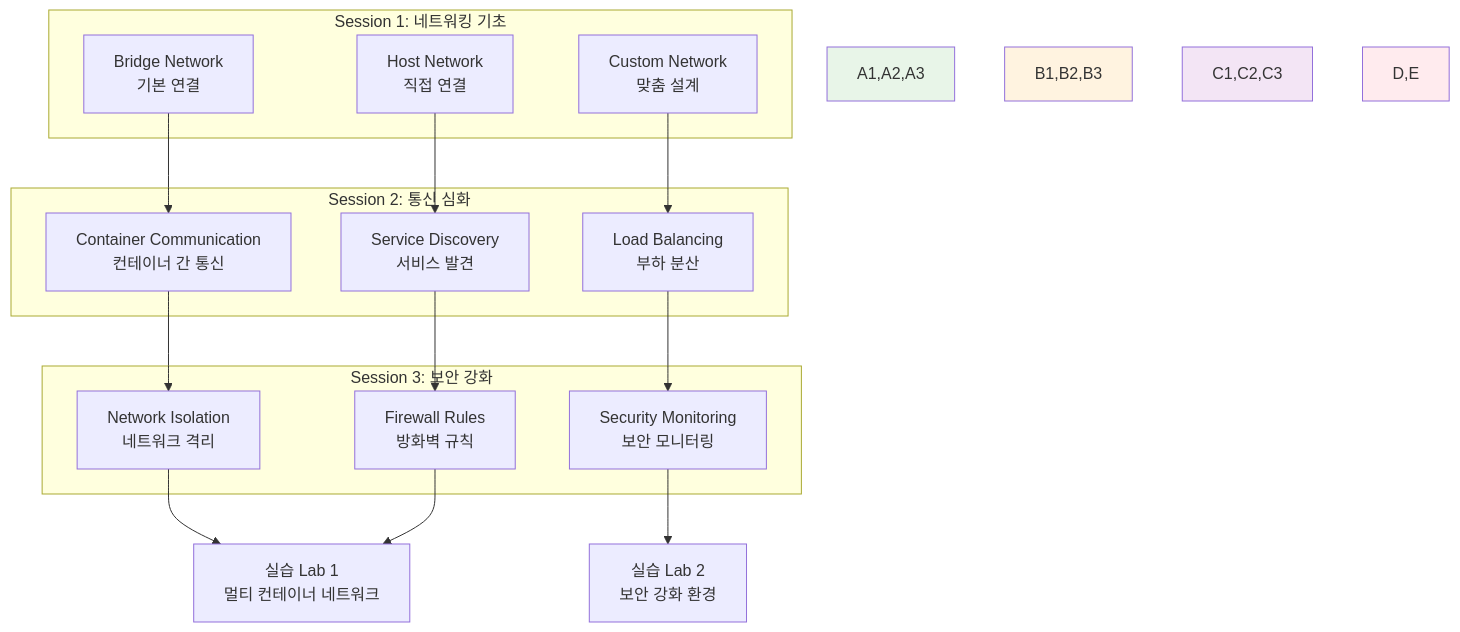
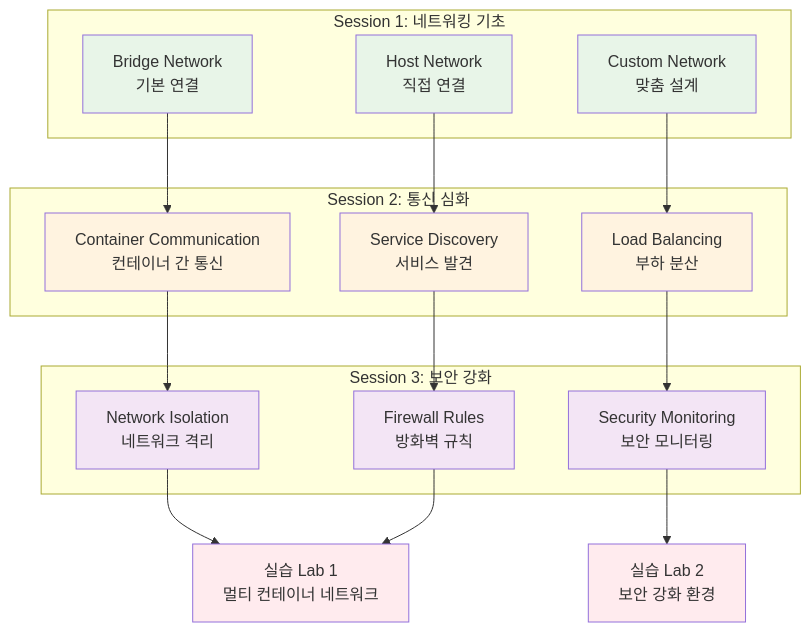
Before and after one commit to niceguy61/kdt_devops_lecture_2025: the fifth of 5 diagrams in theory/week_02/day1/session_3.md, drawn with Mermaid. The commit also changed other lines of this file, not shown here.

Commit message:
mermaid 수정

````diff
--- a/theory/week_02/day1/session_3.md
+++ b/theory/week_02/day1/session_3.md
@@ -310,33 +316,40 @@
 ```mermaid
 graph TB
     subgraph "Session 1: 네트워킹 기초"
         A1[Bridge Network<br/>기본 연결]
         A2[Host Network<br/>직접 연결]
         A3[Custom Network<br/>맞춤 설계]
     end
     
     subgraph "Session 2: 통신 심화"
         B1[Container Communication<br/>컨테이너 간 통신]
         B2[Service Discovery<br/>서비스 발견]
         B3[Load Balancing<br/>부하 분산]
     end
     
     subgraph "Session 3: 보안 강화"
         C1[Network Isolation<br/>네트워크 격리]
         C2[Firewall Rules<br/>방화벽 규칙]
         C3[Security Monitoring<br/>보안 모니터링]
     end
     
     A1 --> B1 --> C1
     A2 --> B2 --> C2
     A3 --> B3 --> C3
     
     C1 --> D[실습 Lab 1<br/>멀티 컨테이너 네트워크]
     C2 --> D
     C3 --> E[실습 Lab 2<br/>보안 강화 환경]
     
-    style A1,A2,A3 fill:#e8f5e8
-    style B1,B2,B3 fill:#fff3e0
-    style C1,C2,C3 fill:#f3e5f5
-    style D,E fill:#ffebee
+    style A1 fill:#e8f5e8
+    style A2 fill:#e8f5e8
+    style A3 fill:#e8f5e8
+    style B1 fill:#fff3e0
+    style B2 fill:#fff3e0
+    style B3 fill:#fff3e0
+    style C1 fill:#f3e5f5
+    style C2 fill:#f3e5f5
+    style C3 fill:#f3e5f5
+    style D fill:#ffebee
+    style E fill:#ffebee
 ```
````
